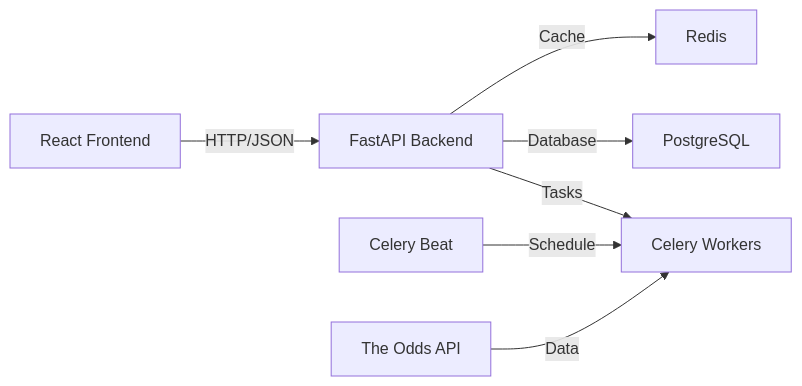
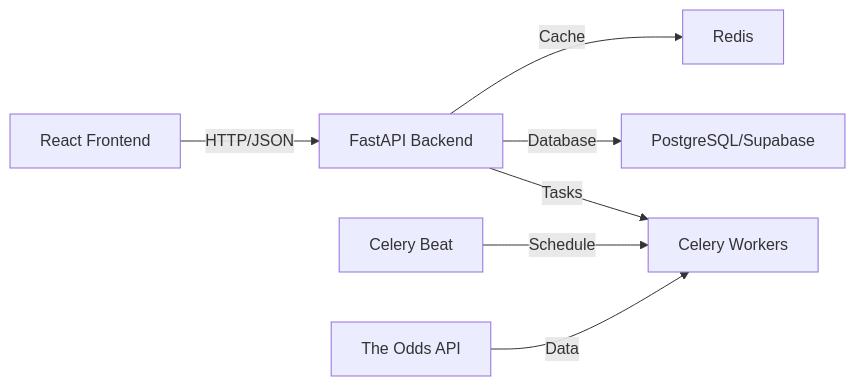
Before and after one commit to dock108/fair-edge: the diagram in docs/DEVELOPMENT.md, drawn with Mermaid. The commit also changed other lines of this file and 20 other files, not shown here.

````diff
--- a/docs/DEVELOPMENT.md
+++ b/docs/DEVELOPMENT.md
@@ -67,9 +35,9 @@
 ```mermaid
 graph LR
     A[React Frontend] -->|HTTP/JSON| B[FastAPI Backend]
     B -->|Cache| C[Redis]
-    B -->|Database| D[PostgreSQL]
+    B -->|Database| D[PostgreSQL/Supabase]
     B -->|Tasks| E[Celery Workers]
     F[Celery Beat] -->|Schedule| E
     G[The Odds API] -->|Data| E
 ```
````
